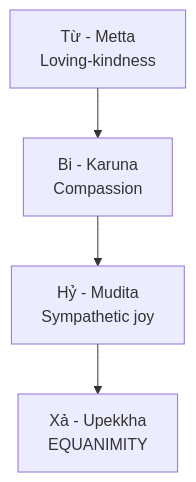
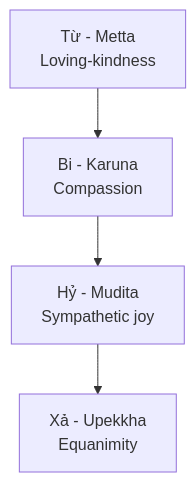
The diagram in mental-models/Tâm bất Biến.md (dyukahi/knowledge), drawn with Mermaid before and after one commit. The commit also changed other lines of this file and 6 other files, not shown here.

````diff
--- a/mental-models/Tâm bất Biến.md
+++ b/mental-models/Tâm bất Biến.md
@@ -51,9 +56,9 @@
 ```mermaid
 flowchart TB
     T["Từ - Metta<br/>Loving-kindness"]
     B["Bi - Karuna<br/>Compassion"]
     H["Hỷ - Mudita<br/>Sympathetic joy"]
-    X["Xả - Upekkha<br/>EQUANIMITY"]
-    
+    X["Xả - Upekkha<br/>Equanimity"]
+
     T --> B --> H --> X
 ```
````
